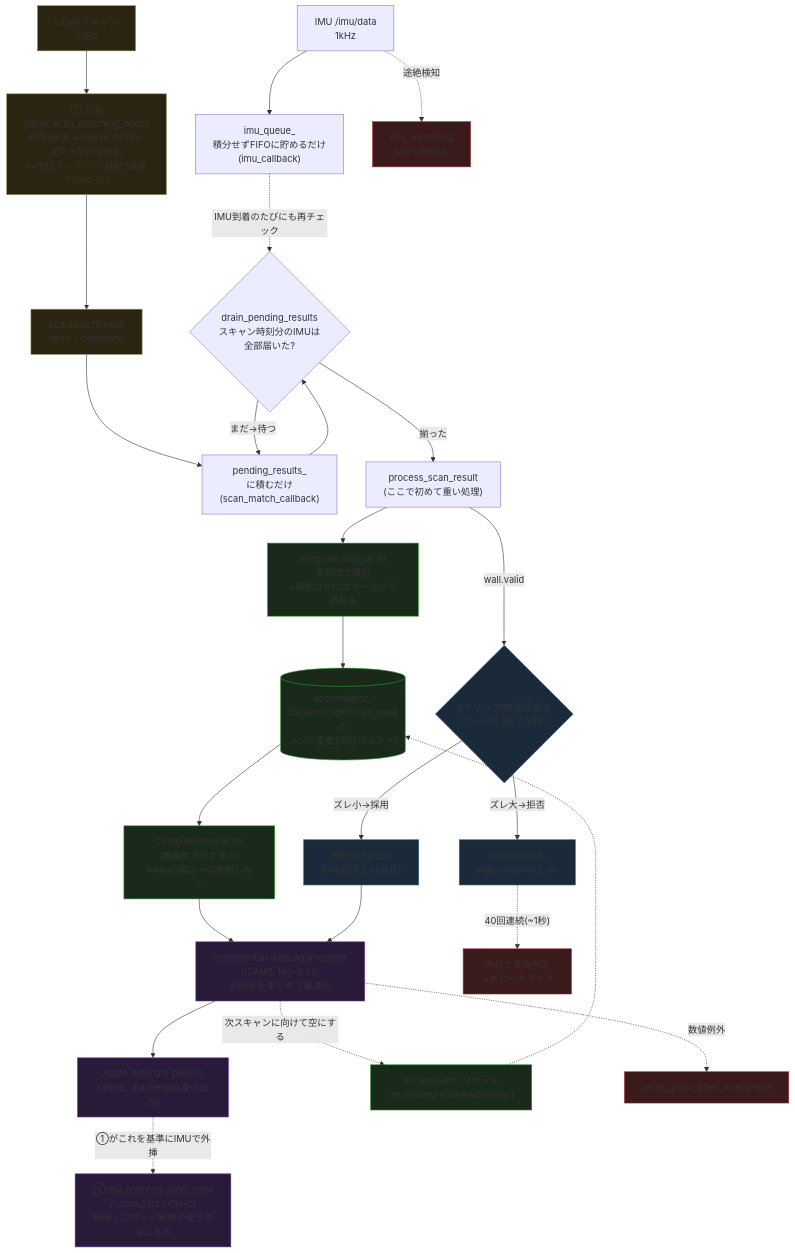
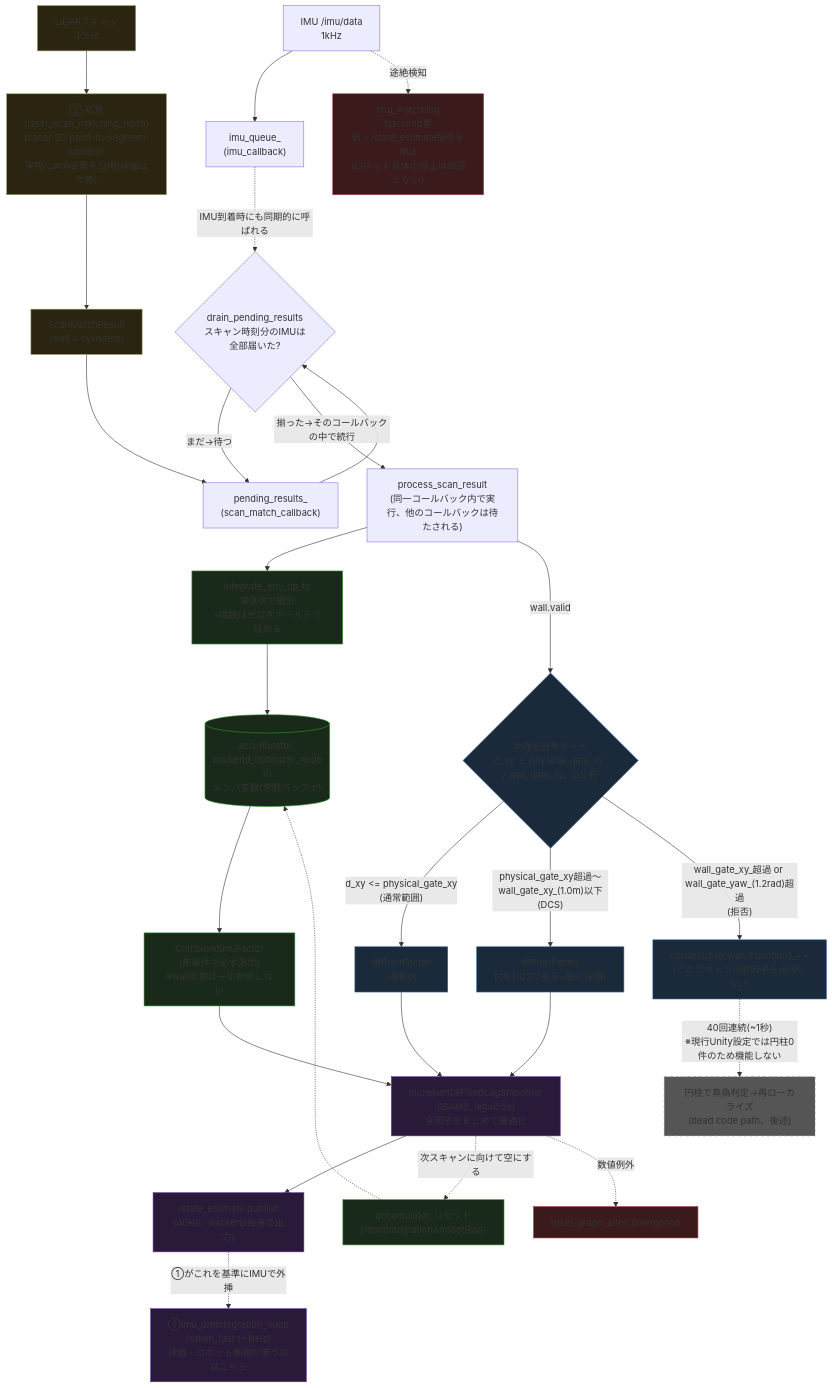
Before and after one commit to YUKICHI6105/lio_localization_sim: the diagram in docs/requirements/backend_estimator_architecture_2026-07-28.md, drawn with Mermaid. The commit also changed other lines of this file and 1 other file, not shown here.

First line of the commit message:
Correct perception-path and covariance claims in the architecture doc

````diff
--- a/docs/requirements/backend_estimator_architecture_2026-07-28.md
+++ b/docs/requirements/backend_estimator_architecture_2026-07-28.md
@@ -8,52 +8,55 @@
 ```mermaid
 flowchart TD
-    IMU["IMU /imu/data<br/>1kHz"] --> QUEUE["imu_queue_<br/>積分せずFIFOに貯めるだけ<br/>(imu_callback)"]
-    SCAN["LiDARスキャン<br/>40Hz"] --> PERCEPTION["② 知覚(laser_scan_matching_node)<br/>notes除去→coarse-to-fine ICP→有効性判定<br/>(+円柱マッチングは現行設定ではno-op)"]
+    IMU["IMU /imu/data<br/>1kHz"] --> QUEUE["imu_queue_<br/>(imu_callback)"]
+    SCAN["LiDARスキャン<br/>40Hz"] --> PERCEPTION["② 知覚(laser_scan_matching_node)<br/>planar 2D point-to-segment solverが<br/>実際にwall姿勢を公開(詳細は次節)"]
     PERCEPTION --> SMR["ScanMatchResult<br/>(wall + cylinders)"]
 
-    SMR --> PEND["pending_results_<br/>に積むだけ<br/>(scan_match_callback)"]
+    SMR --> PEND["pending_results_<br/>(scan_match_callback)"]
     PEND --> DRAIN{"drain_pending_results<br/>スキャン時刻分のIMUは<br/>全部届いた?"}
-    QUEUE -.->|"IMU到着のたびにも再チェック"| DRAIN
+    QUEUE -.->|"IMU到着時にも同期的に呼ばれる"| DRAIN
     DRAIN -->|"まだ→待つ"| PEND
-    DRAIN -->|"揃った"| PROCESS["process_scan_result<br/>(ここで初めて重い処理)"]
+    DRAIN -->|"揃った→そのコールバックの中で続行"| PROCESS["process_scan_result<br/>(同一コールバック内で実行、他のコールバックは待たされる)"]
 
     PROCESS --> INTEGRATE["integrate_imu_up_to<br/>実測dtで積分<br/>+端数はゼロ次ホールドで詰める"]
     INTEGRATE --> ACCUMULATOR[("accumulator_<br/>backend_optimizer_nodeの<br/>メンバ変数(常駐バッファ)")]
     ACCUMULATOR --> IMUFACTOR["CombinedImuFactor<br/>(無条件で必ず追加)<br/>※wallの値は一切参照しない"]
 
-    PROCESS -->|"wall.valid"| WALLGATE{"πフリップ/物理妥当性<br/>ゲート(d_xy, d_yaw)"}
-    WALLGATE -->|"ズレ小→採用"| WALLFACTOR["壁PriorFactor<br/>(IMU因子とは独立)"]
-    WALLGATE -->|"ズレ大→拒否"| REJECT["consecutive_<br/>wall_rejections_++"]
+    PROCESS -->|"wall.valid"| WALLGATE{"物理妥当性ゲート<br/>d_xy と physical_gate_xy / wall_gate_xy_ の比較"}
+    WALLGATE -->|"d_xy <= physical_gate_xy<br/>(通常範囲)"| WALLFACTOR["壁PriorFactor<br/>(通常σ)"]
+    WALLGATE -->|"physical_gate_xy超過〜wall_gate_xy_(1.0m)以下<br/>(DCS)"| DCSFACTOR["壁PriorFactor<br/>(σをDCSで拡大=弱く採用)"]
+    WALLGATE -->|"wall_gate_xy_超過 or wall_gate_yaw_(1.2rad)超過<br/>(拒否)"| REJECT["consecutive_wall_rejections_++<br/>(このスキャンは壁因子を追加しない)"]
 
     IMUFACTOR --> ISAM2["IncrementalFixedLagSmoother<br/>(ISAM2, lag=0.5s)<br/>全因子をまとめて最適化"]
     WALLFACTOR --> ISAM2
+    DCSFACTOR --> ISAM2
 
     ISAM2 --> ESTIMATE["/state_estimate publish<br/>(40Hz、backend自身の出力)"]
     ESTIMATE -.->|"①がこれを基準にIMUで外挿"| ODOMFAST["①imu_preintegration_node<br/>/odom_fast (~1kHz)<br/>評価・ロボット制御が使うのはこちら"]
     ISAM2 -.->|"次スキャンに向けて空にする"| RESETACC["accumulator_リセット<br/>(resetIntegrationAndSetBias)"]
     RESETACC -.-> ACCUMULATOR
     ISAM2 -.->|"数値例外"| DIVERGE["reset_graph_after_divergence"]
-    REJECT -.->|"40回連続(~1秒)"| RELOC["円柱で真偽判定<br/>→再ローカライズ"]
-    IMU -.->|"途絶検知"| WATCHDOG["imu_watchdog<br/>fail-safe停止"]
+    REJECT -.->|"40回連続(~1秒)<br/>※現行Unity設定では円柱0件のため機能しない"| RELOC["円柱で真偽判定→再ローカライズ<br/>(dead code path、後述)"]
+    IMU -.->|"途絶検知"| WATCHDOG["imu_watchdog<br/>backend更新・/state_estimate配信を停止<br/>(ロボット自体の停止は保証しない)"]
 
     style SCAN fill:#2a2410,stroke:#996
     style PERCEPTION fill:#2a2410,stroke:#996
     style SMR fill:#2a2410,stroke:#996
 
     style INTEGRATE fill:#1a2a1a,stroke:#393
     style ACCUMULATOR fill:#1a2a1a,stroke:#393
     style IMUFACTOR fill:#1a2a1a,stroke:#393
     style RESETACC fill:#1a2a1a,stroke:#393
 
     style WALLGATE fill:#1a2a3a,stroke:#369
     style WALLFACTOR fill:#1a2a3a,stroke:#369
+    style DCSFACTOR fill:#1a2a3a,stroke:#369
     style REJECT fill:#1a2a3a,stroke:#369
 
     style ISAM2 fill:#2a1a3a,stroke:#639
     style ESTIMATE fill:#2a1a3a,stroke:#639
     style ODOMFAST fill:#2a1a3a,stroke:#639
 
     style DIVERGE fill:#3a1a1a,stroke:#a33
-    style RELOC fill:#3a1a1a,stroke:#a33
+    style RELOC fill:#555,stroke:#888,stroke-dasharray: 5 5
     style WATCHDOG fill:#3a1a1a,stroke:#a33
 ```
````
